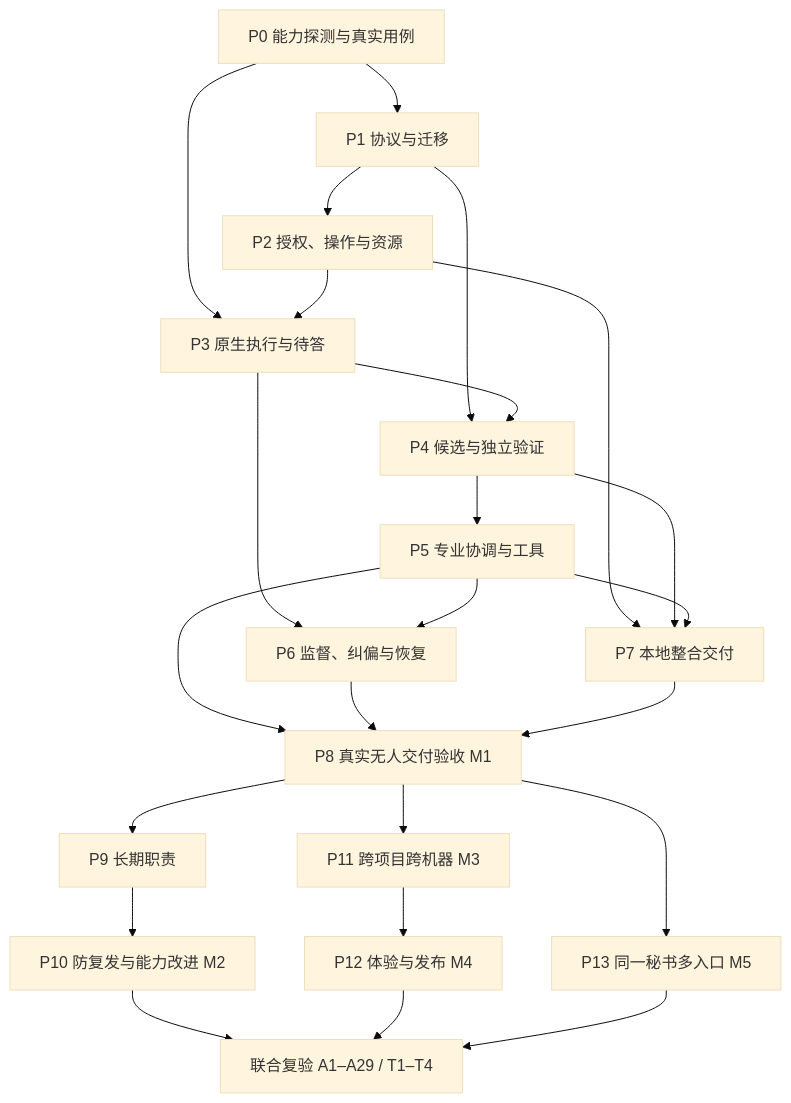
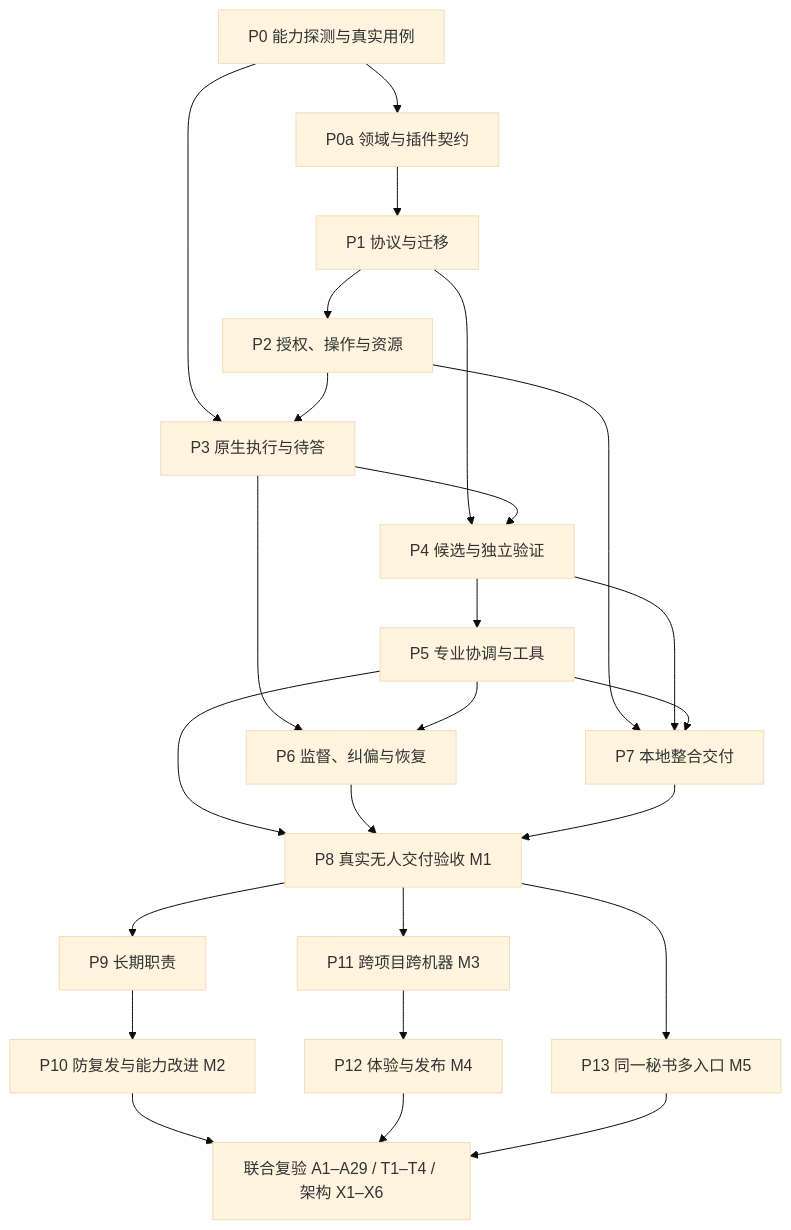
The diagram in docs/superagent/15-实施路线.md (chengxiang-zhang/dsh-cove), drawn with Mermaid (base theme) before and after one commit. The commit also changed other lines of this file and 16 other files, not shown here.

Commit message:
docs(superagent): define extensible domain and plugin architecture

````diff
--- a/docs/superagent/15-实施路线.md
+++ b/docs/superagent/15-实施路线.md
@@ -72,26 +74,27 @@
 ```mermaid
 flowchart TD
-  P0["P0 能力探测与真实用例"] --> P1["P1 协议与迁移"]
+  P0["P0 能力探测与真实用例"] --> P0a["P0a 领域与插件契约"]
+  P0a --> P1["P1 协议与迁移"]
   P0 --> P3["P3 原生执行与待答"]
   P1 --> P2["P2 授权、操作与资源"]
   P2 --> P3
   P1 --> P4["P4 候选与独立验证"]
   P3 --> P4
   P4 --> P5["P5 专业协调与工具"]
   P3 --> P6["P6 监督、纠偏与恢复"]
   P5 --> P6
   P2 --> P7["P7 本地整合交付"]
   P4 --> P7
   P5 --> P7
   P5 --> P8["P8 真实无人交付验收 M1"]
   P6 --> P8
   P7 --> P8
   P8 --> P9["P9 长期职责"]
   P9 --> P10["P10 防复发与能力改进 M2"]
   P8 --> P11["P11 跨项目跨机器 M3"]
   P11 --> P12["P12 体验与发布 M4"]
   P8 --> P13["P13 同一秘书多入口 M5"]
-  P10 --> F["联合复验 A1–A29 / T1–T4"]
+  P10 --> F["联合复验 A1–A29 / T1–T4 / 架构 X1–X6"]
   P12 --> F
   P13 --> F
 ```
````
